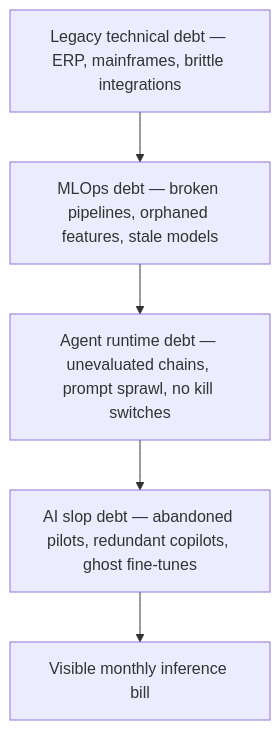
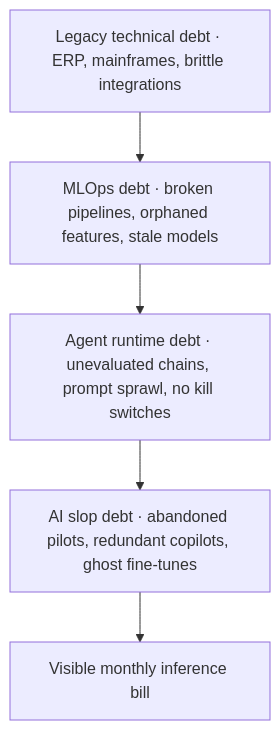
One commit to TarrySingh/tarrysingh-com changed the diagram in content/blog/the-bill-nobody-booked-ai-slop-debt.mdx. Above: the diagram before and after it, drawn with Mermaid. The commit also changed other lines of this file and 115 other files, not shown here.

````diff
--- a/content/blog/the-bill-nobody-booked-ai-slop-debt.mdx
+++ b/content/blog/the-bill-nobody-booked-ai-slop-debt.mdx
@@ -34,8 +34,8 @@
 ```mermaid
 %% caption: Four layers settle on top of each other; the bill only shows the top one.
 flowchart TD
-  L1[Legacy technical debt — ERP, mainframes, brittle integrations] --> L2[MLOps debt — broken pipelines, orphaned features, stale models]
-  L2 --> L3[Agent runtime debt — unevaluated chains, prompt sprawl, no kill switches]
-  L3 --> L4[AI slop debt — abandoned pilots, redundant copilots, ghost fine-tunes]
+  L1[Legacy technical debt · ERP, mainframes, brittle integrations] --> L2[MLOps debt · broken pipelines, orphaned features, stale models]
+  L2 --> L3[Agent runtime debt · unevaluated chains, prompt sprawl, no kill switches]
+  L3 --> L4[AI slop debt · abandoned pilots, redundant copilots, ghost fine-tunes]
   L4 --> B[Visible monthly inference bill]
 ```
````
